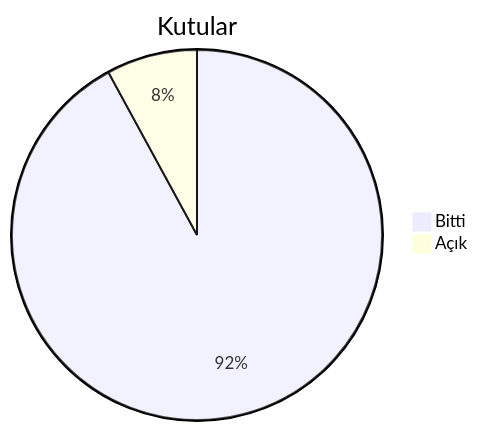
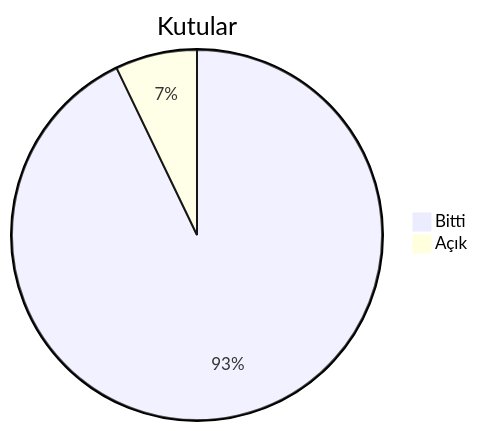
One commit to dogancanyildiz/kenet changed the second of 4 diagrams in docs/roadmap.md. Above: the diagram before and after it, drawn with Mermaid. The commit also changed other lines of this file and 23 other files, not shown here.

````diff
--- a/docs/roadmap.md
+++ b/docs/roadmap.md
@@ -46,5 +46,5 @@
 ```mermaid
 pie title Kutular
-    "Bitti" : 116
-    "Açık" : 10
+    "Bitti" : 117
+    "Açık" : 9
 ```
````
